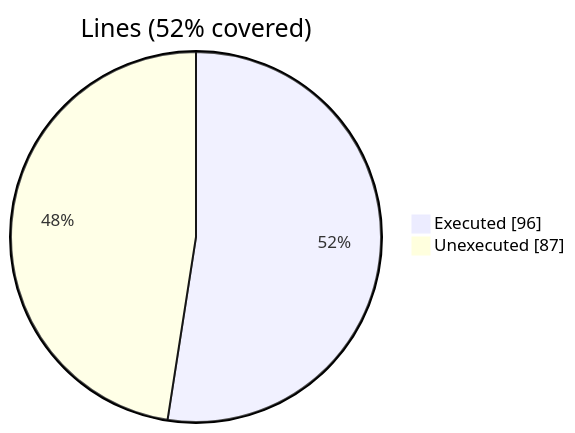
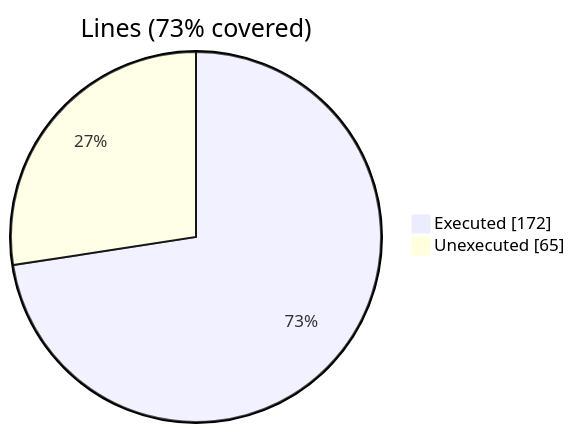
One commit to szaghi/FiNeR changed the first of 2 diagrams in docs/guide/finer_option_t.F90.gcov.md. Above: the diagram before and after it, drawn with Mermaid. The commit also changed other lines of this file and 10 other files, not shown here.

````diff
--- a/docs/guide/finer_option_t.F90.gcov.md
+++ b/docs/guide/finer_option_t.F90.gcov.md
@@ -10,6 +10,6 @@
 ```mermaid
 pie showData
-    title Lines (52% covered)
-    "Executed" : 96
-    "Unexecuted" : 87
+    title Lines (73% covered)
+    "Executed" : 172
+    "Unexecuted" : 65
 ```
````
